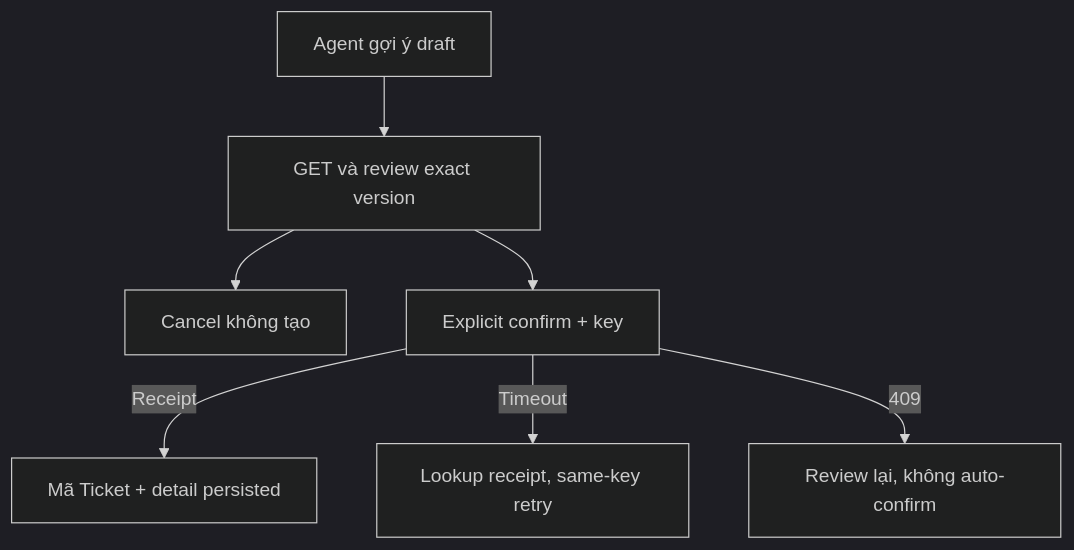
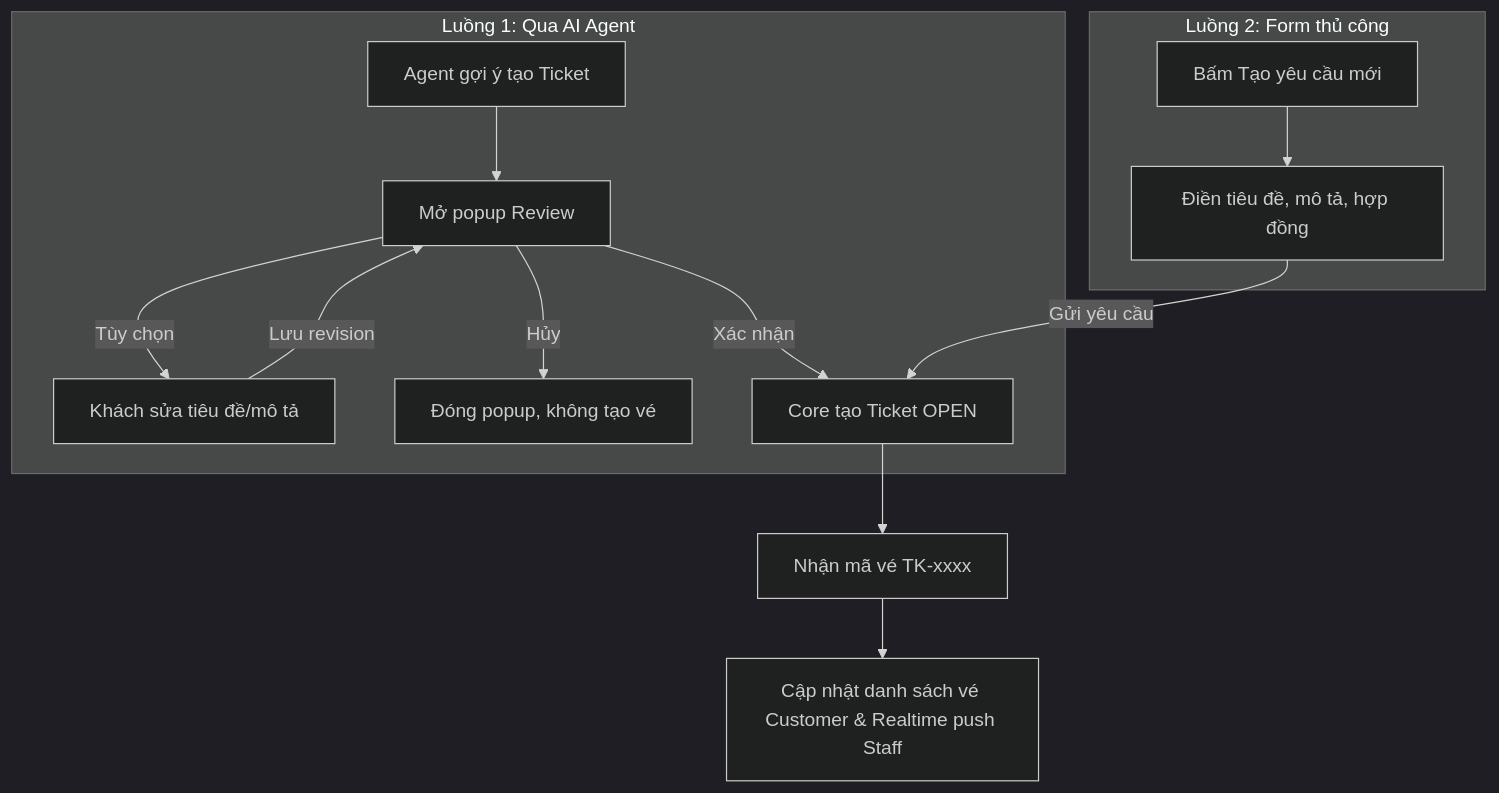
Before and after one commit to natuan05/LifeInsuranceAIAssistant: the first of 2 diagrams in docs/ui/customer/plans/tickets/02-review-result-ui.md, drawn with Mermaid (dark theme). The commit also changed other lines of this file and 7 other files, not shown here.

Commit message:
docs(tickets): update customer ticket contracts, manual creation and review specs

````diff
--- a/docs/ui/customer/plans/tickets/02-review-result-ui.md
+++ b/docs/ui/customer/plans/tickets/02-review-result-ui.md
@@ -37,9 +36,18 @@
 ```mermaid
 flowchart TD
-  A[Agent gợi ý draft] --> B[GET và review exact version]
-  B --> C[Cancel không tạo]
-  B --> D[Explicit confirm + key]
-  D -->|Receipt| E[Mã Ticket + detail persisted]
-  D -->|Timeout| F[Lookup receipt, same-key retry]
-  D -->|409| G[Review lại, không auto-confirm]
+  subgraph LuongAgent [Luồng 1: Qua AI Agent]
+    A[Agent gợi ý tạo Ticket] --> B[Mở popup Review]
+    B -->|Tùy chọn| C[Khách sửa tiêu đề/mô tả]
+    C -->|Lưu revision| B
+    B -->|Hủy| D[Đóng popup, không tạo vé]
+    B -->|Xác nhận| E[Core tạo Ticket OPEN]
+  end
+
+  subgraph LuongThuCong [Luồng 2: Form thủ công]
+    F[Bấm Tạo yêu cầu mới] --> G[Điền tiêu đề, mô tả, hợp đồng]
+    G -->|Gửi yêu cầu| E
+  end
+
+  E --> H[Nhận mã vé TK-xxxx]
+  H --> I[Cập nhật danh sách vé Customer & Realtime push Staff]
 ```
````
